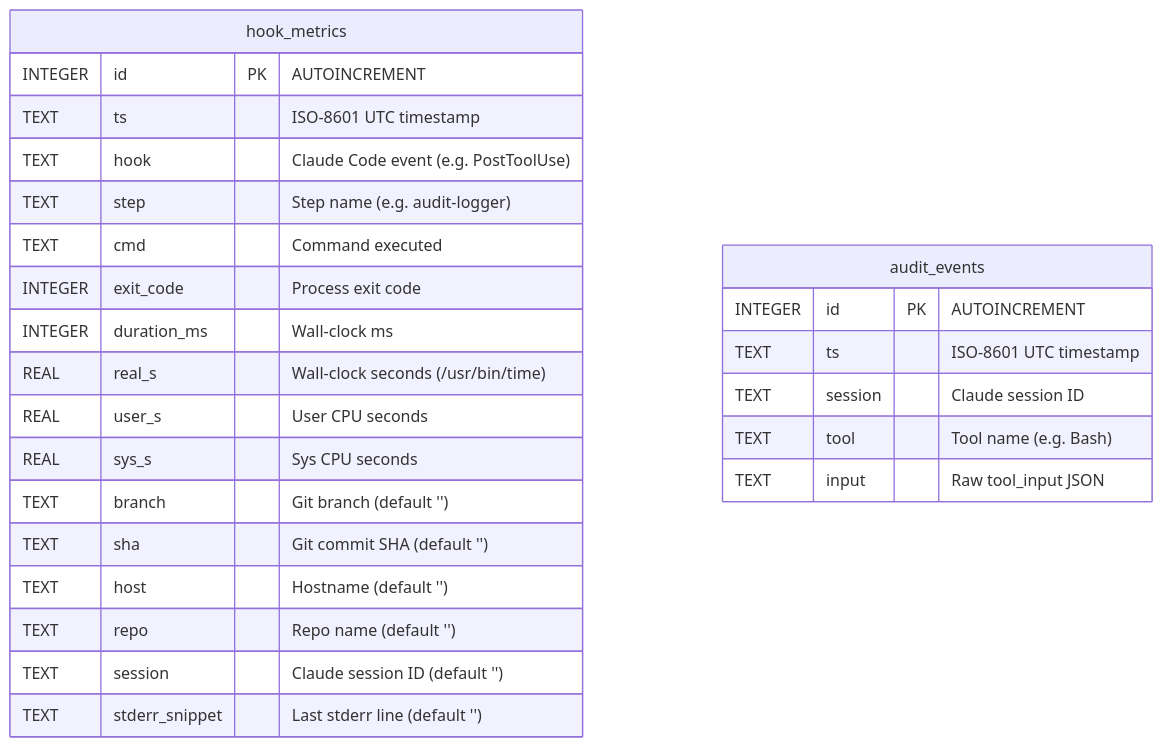
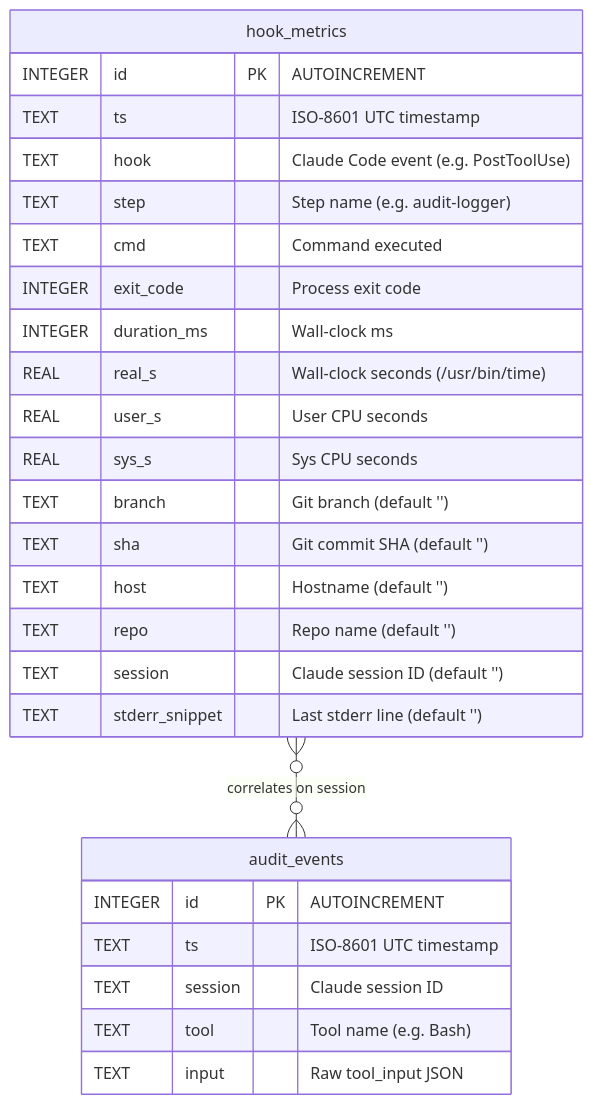
The diagram in docs/erd.md (starfysh-tech/cc-hooks-metrics), drawn with Mermaid before and after one commit.

Commit message:
chore: remove legacy scripts and archived plans (#13)
* chore: remove legacy scripts and archived plans

Remove bash report rollback reference and migration scripts now
replaced by the Python Textual version. Move archived plan documents
(Feb 28 - Mar 2) into CLAUDE.md memory section, keeping only active
work items in TODO.md. Add ER diagram documentation.

This cleanup consolidates the source of truth: Python package owns the
implementation, CLAUDE.md owns the architecture + conventions, TODO.md
owns the backlog. Legacy scripts are preserved in git history if needed.

* Update docs/erd.md

---------

````diff
--- a/docs/erd.md
+++ b/docs/erd.md
@@ -3,29 +3,31 @@
 ```mermaid
 erDiagram
     hook_metrics {
         INTEGER id PK "AUTOINCREMENT"
         TEXT    ts          "ISO-8601 UTC timestamp"
         TEXT    hook        "Claude Code event (e.g. PostToolUse)"
         TEXT    step        "Step name (e.g. audit-logger)"
         TEXT    cmd         "Command executed"
         INTEGER exit_code   "Process exit code"
         INTEGER duration_ms "Wall-clock ms"
         REAL    real_s      "Wall-clock seconds (/usr/bin/time)"
         REAL    user_s      "User CPU seconds"
         REAL    sys_s       "Sys CPU seconds"
         TEXT    branch      "Git branch (default '')"
         TEXT    sha         "Git commit SHA (default '')"
         TEXT    host        "Hostname (default '')"
         TEXT    repo        "Repo name (default '')"
         TEXT    session     "Claude session ID (default '')"
         TEXT    stderr_snippet "Last stderr line (default '')"
     }
 
     audit_events {
         INTEGER id      PK "AUTOINCREMENT"
         TEXT    ts      "ISO-8601 UTC timestamp"
         TEXT    session "Claude session ID"
         TEXT    tool    "Tool name (e.g. Bash)"
         TEXT    input   "Raw tool_input JSON"
     }
+
+    hook_metrics }o--o{ audit_events : "correlates on session"
 ```
````
